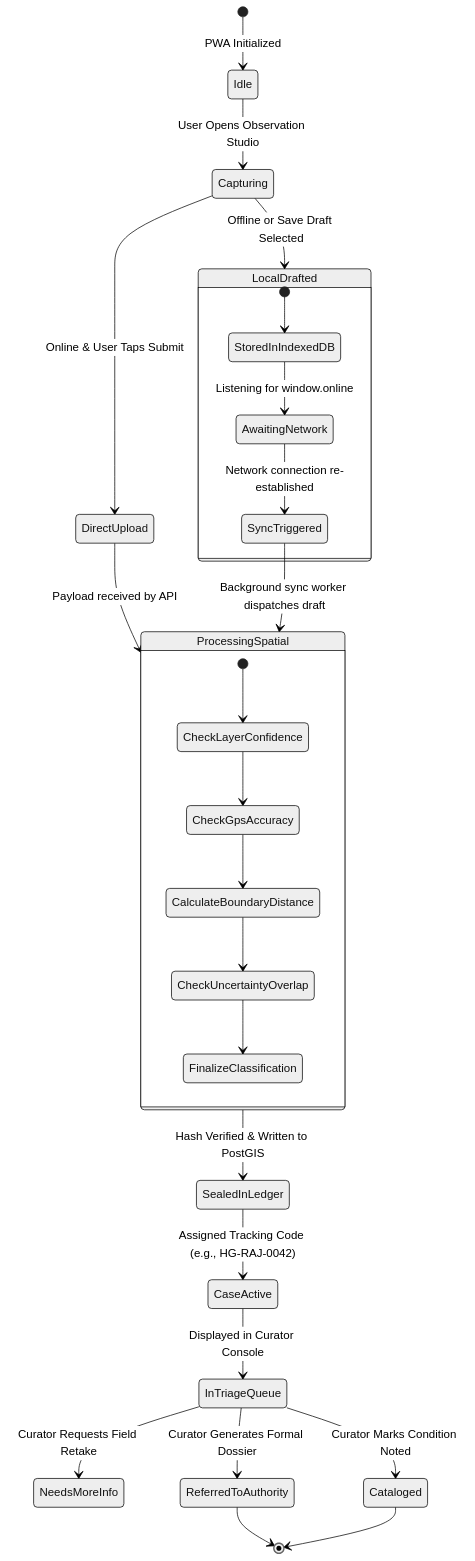
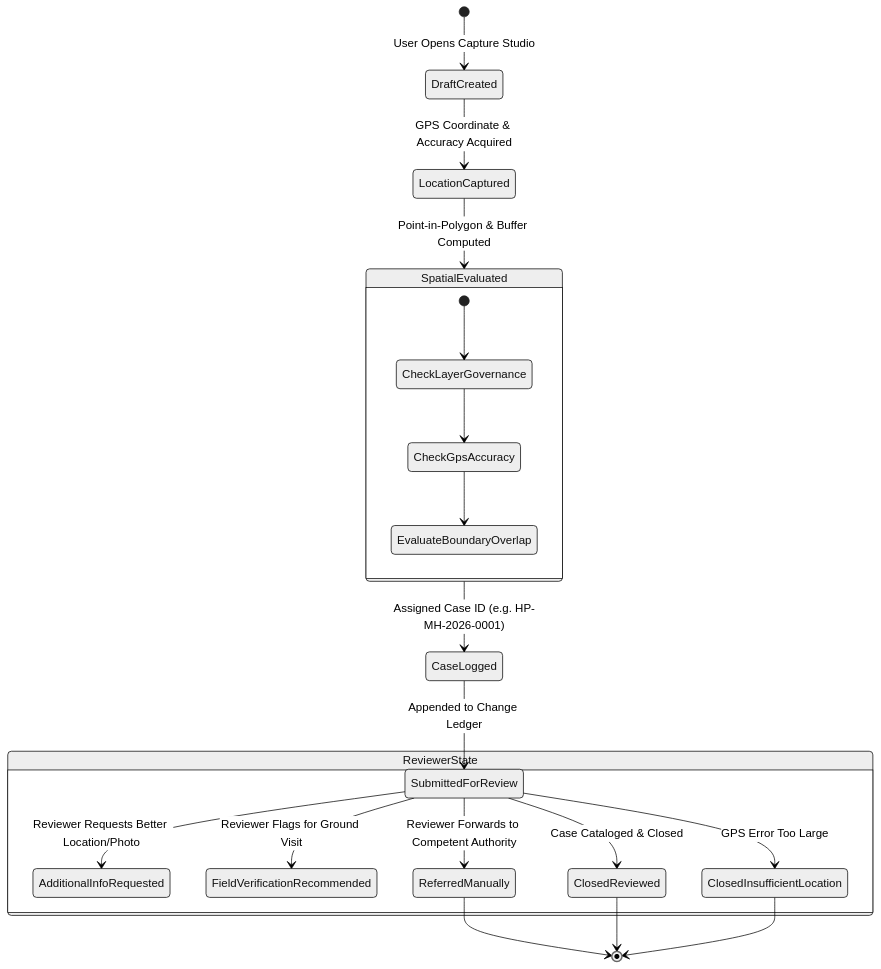
One commit to lord-voldesnort/Heritage_Plus changed the third of 3 diagrams in APP_FLOW.md. Above: the diagram before and after it, drawn with Mermaid (neutral theme). The commit also changed other lines of this file and 9 other files, not shown here.

Commit message:
Pivot architecture to Heritage Pulse: Provenance-Aware Uncertainty-Driven Change Ledger

````diff
--- a/APP_FLOW.md
+++ b/APP_FLOW.md
@@ -142,36 +75,27 @@
 ```mermaid
 stateDiagram-v2
-    [*] --> Idle: PWA Initialized
+    [*] --> DraftCreated: User Opens Capture Studio
+    DraftCreated --> LocationCaptured: GPS Coordinate & Accuracy Acquired
+    LocationCaptured --> SpatialEvaluated: Point-in-Polygon & Buffer Computed
     
-    Idle --> Capturing: User Opens Observation Studio
-    Capturing --> LocalDrafted: Offline or Save Draft Selected
-    
-    state LocalDrafted {
-        [*] --> StoredInIndexedDB
-        StoredInIndexedDB --> AwaitingNetwork: Listening for window.online
-        AwaitingNetwork --> SyncTriggered: Network connection re-established
+    state SpatialEvaluated {
+        [*] --> CheckLayerGovernance
+        CheckLayerGovernance --> CheckGpsAccuracy
+        CheckGpsAccuracy --> EvaluateBoundaryOverlap
     }
 
-    Capturing --> DirectUpload: Online & User Taps Submit
-    DirectUpload --> ProcessingSpatial: Payload received by API
-    SyncTriggered --> ProcessingSpatial: Background sync worker dispatches draft
-
-    state ProcessingSpatial {
-        [*] --> CheckLayerConfidence
-        CheckLayerConfidence --> CheckGpsAccuracy
-        CheckGpsAccuracy --> CalculateBoundaryDistance
-        CalculateBoundaryDistance --> CheckUncertaintyOverlap
-        CheckUncertaintyOverlap --> FinalizeClassification
+    SpatialEvaluated --> CaseLogged: Assigned Case ID (e.g. HP-MH-2026-0001)
+    CaseLogged --> SubmittedForReview: Appended to Change Ledger
+    
+    state ReviewerState {
+        SubmittedForReview --> AdditionalInfoRequested: Reviewer Requests Better Location/Photo
+        SubmittedForReview --> FieldVerificationRecommended: Reviewer Flags for Ground Visit
+        SubmittedForReview --> ReferredManually: Reviewer Forwards to Competent Authority
+        SubmittedForReview --> ClosedInsufficientLocation: GPS Error Too Large
+        SubmittedForReview --> ClosedReviewed: Case Cataloged & Closed
     }
 
-    ProcessingSpatial --> SealedInLedger: Hash Verified & Written to PostGIS
-    SealedInLedger --> CaseActive: Assigned Tracking Code (e.g., HG-RAJ-0042)
-    CaseActive --> InTriageQueue: Displayed in Curator Console
-    
-    InTriageQueue --> NeedsMoreInfo: Curator Requests Field Retake
-    InTriageQueue --> Cataloged: Curator Marks Condition Noted
-    InTriageQueue --> ReferredToAuthority: Curator Generates Formal Dossier
-    
-    ReferredToAuthority --> [*]
-    Cataloged --> [*]
+    ReferredManually --> [*]
+    ClosedReviewed --> [*]
+    ClosedInsufficientLocation --> [*]
 ```
````
